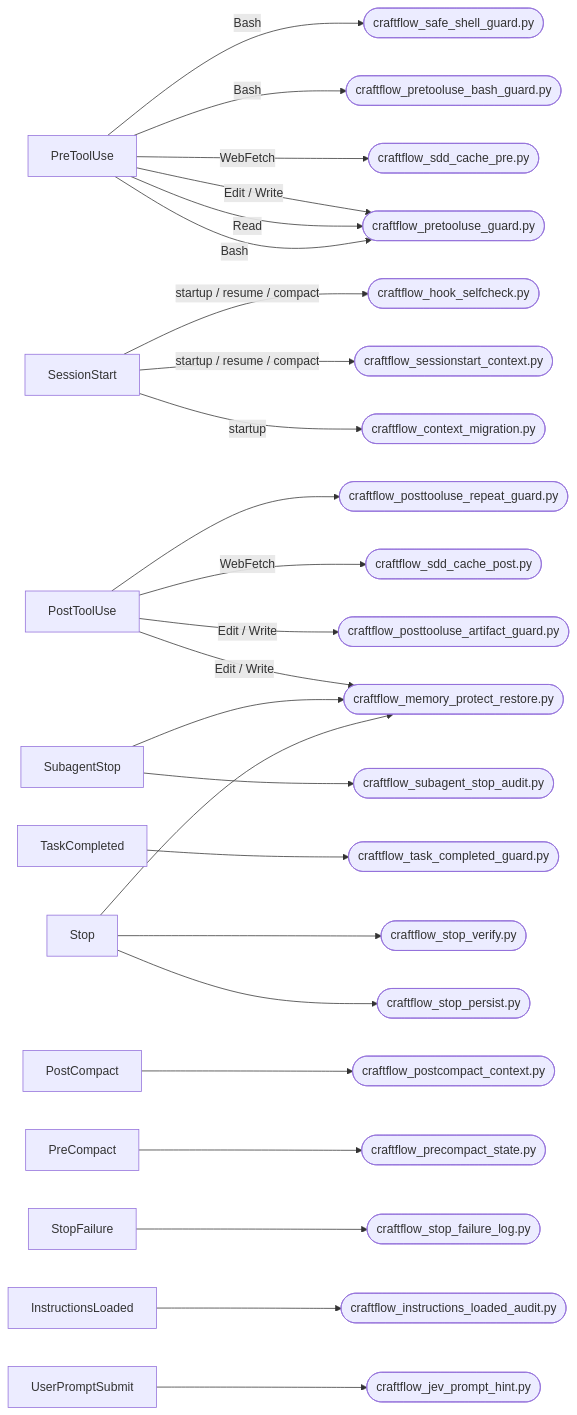
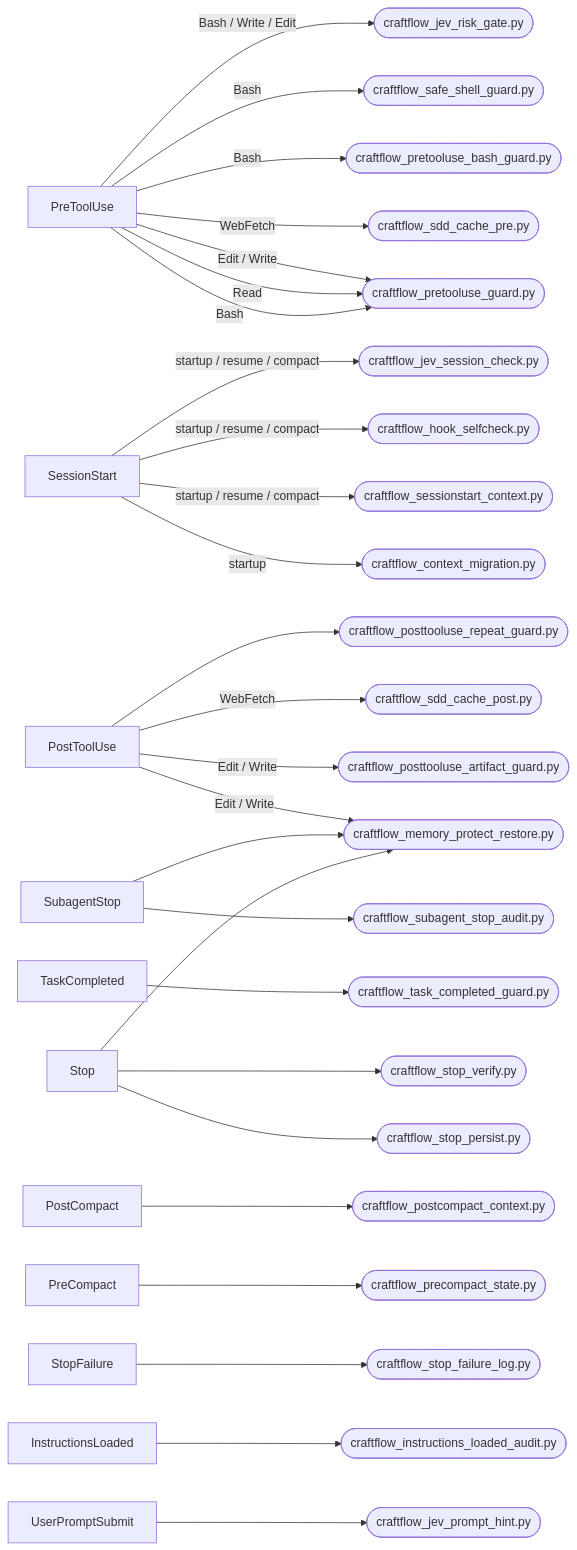
Before and after one commit to aicraft-sdk/craftflow: the first of 2 diagrams in plugins/craftflow/docs/generated/architecture.md, drawn with Mermaid. The commit also changed other lines of this file, not shown here.

Commit message:
chore(craftflow): regenerate architecture graph (adds component-registry; absorbs pre-existing drift)

````diff
--- a/plugins/craftflow/docs/generated/architecture.md
+++ b/plugins/craftflow/docs/generated/architecture.md
@@ -16,58 +16,62 @@
 ```mermaid
 flowchart LR
   event_PreToolUse["PreToolUse"]
   event_SessionStart["SessionStart"]
   event_PostToolUse["PostToolUse"]
   event_TaskCompleted["TaskCompleted"]
   event_PostCompact["PostCompact"]
   event_SubagentStop["SubagentStop"]
   event_PreCompact["PreCompact"]
   event_Stop["Stop"]
   event_StopFailure["StopFailure"]
   event_InstructionsLoaded["InstructionsLoaded"]
   event_UserPromptSubmit["UserPromptSubmit"]
   script_craftflow_pretooluse_guard_py(["craftflow_pretooluse_guard.py"])
   script_craftflow_sdd_cache_pre_py(["craftflow_sdd_cache_pre.py"])
   script_craftflow_pretooluse_bash_guard_py(["craftflow_pretooluse_bash_guard.py"])
   script_craftflow_safe_shell_guard_py(["craftflow_safe_shell_guard.py"])
+  script_craftflow_jev_risk_gate_py(["craftflow_jev_risk_gate.py"])
   script_craftflow_context_migration_py(["craftflow_context_migration.py"])
   script_craftflow_sessionstart_context_py(["craftflow_sessionstart_context.py"])
   script_craftflow_hook_selfcheck_py(["craftflow_hook_selfcheck.py"])
+  script_craftflow_jev_session_check_py(["craftflow_jev_session_check.py"])
   script_craftflow_posttooluse_artifact_guard_py(["craftflow_posttooluse_artifact_guard.py"])
   script_craftflow_memory_protect_restore_py(["craftflow_memory_protect_restore.py"])
   script_craftflow_sdd_cache_post_py(["craftflow_sdd_cache_post.py"])
   script_craftflow_posttooluse_repeat_guard_py(["craftflow_posttooluse_repeat_guard.py"])
   script_craftflow_task_completed_guard_py(["craftflow_task_completed_guard.py"])
   script_craftflow_postcompact_context_py(["craftflow_postcompact_context.py"])
   script_craftflow_subagent_stop_audit_py(["craftflow_subagent_stop_audit.py"])
   script_craftflow_precompact_state_py(["craftflow_precompact_state.py"])
   script_craftflow_stop_persist_py(["craftflow_stop_persist.py"])
   script_craftflow_stop_verify_py(["craftflow_stop_verify.py"])
   script_craftflow_stop_failure_log_py(["craftflow_stop_failure_log.py"])
   script_craftflow_instructions_loaded_audit_py(["craftflow_instructions_loaded_audit.py"])
   script_craftflow_jev_prompt_hint_py(["craftflow_jev_prompt_hint.py"])
   event_PreToolUse -->|"Edit / Write"| script_craftflow_pretooluse_guard_py
   event_PreToolUse -->|"Read"| script_craftflow_pretooluse_guard_py
   event_PreToolUse -->|"WebFetch"| script_craftflow_sdd_cache_pre_py
   event_PreToolUse -->|"Bash"| script_craftflow_pretooluse_guard_py
   event_PreToolUse -->|"Bash"| script_craftflow_pretooluse_bash_guard_py
   event_PreToolUse -->|"Bash"| script_craftflow_safe_shell_guard_py
+  event_PreToolUse -->|"Bash / Write / Edit"| script_craftflow_jev_risk_gate_py
   event_SessionStart -->|"startup"| script_craftflow_context_migration_py
   event_SessionStart -->|"startup / resume / compact"| script_craftflow_sessionstart_context_py
   event_SessionStart -->|"startup / resume / compact"| script_craftflow_hook_selfcheck_py
+  event_SessionStart -->|"startup / resume / compact"| script_craftflow_jev_session_check_py
   event_PostToolUse -->|"Edit / Write"| script_craftflow_posttooluse_artifact_guard_py
   event_PostToolUse -->|"Edit / Write"| script_craftflow_memory_protect_restore_py
   event_PostToolUse -->|"WebFetch"| script_craftflow_sdd_cache_post_py
   event_PostToolUse --> script_craftflow_posttooluse_repeat_guard_py
   event_TaskCompleted --> script_craftflow_task_completed_guard_py
   event_PostCompact --> script_craftflow_postcompact_context_py
   event_SubagentStop --> script_craftflow_subagent_stop_audit_py
   event_SubagentStop --> script_craftflow_memory_protect_restore_py
   event_PreCompact --> script_craftflow_precompact_state_py
   event_Stop --> script_craftflow_stop_persist_py
   event_Stop --> script_craftflow_memory_protect_restore_py
   event_Stop --> script_craftflow_stop_verify_py
   event_StopFailure --> script_craftflow_stop_failure_log_py
   event_InstructionsLoaded --> script_craftflow_instructions_loaded_audit_py
   event_UserPromptSubmit --> script_craftflow_jev_prompt_hint_py
 ```
````
